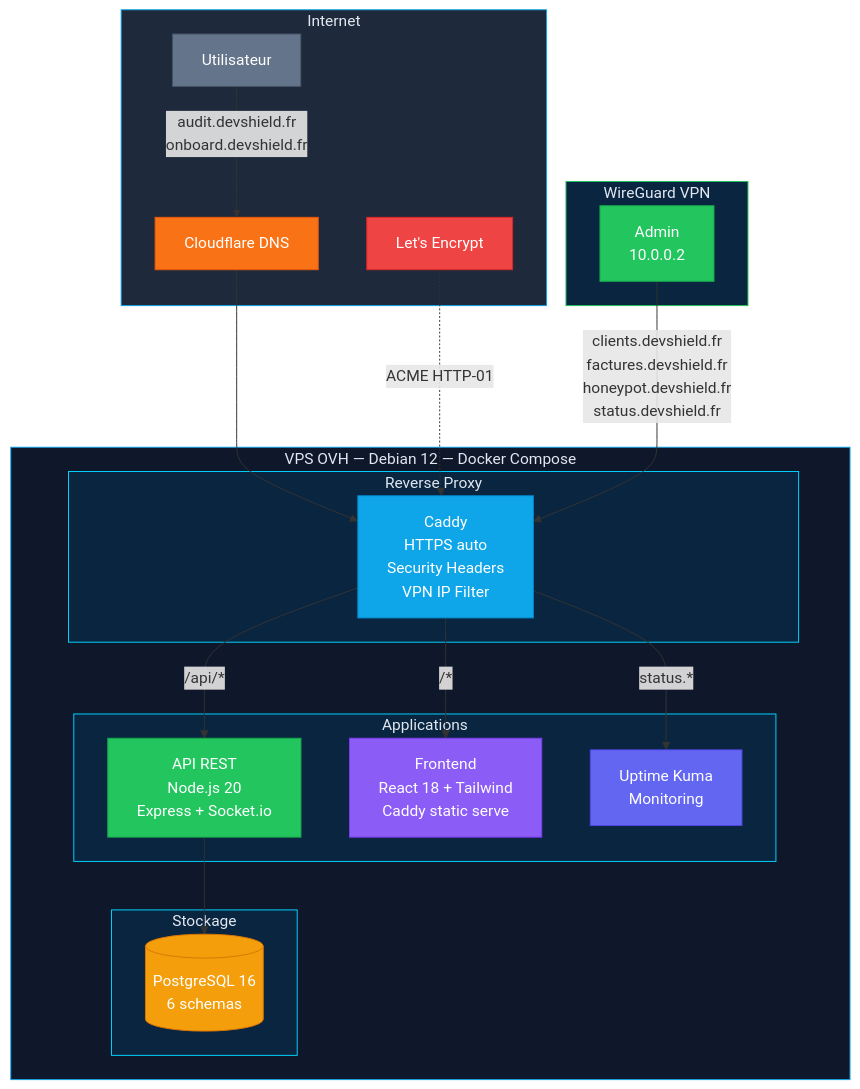
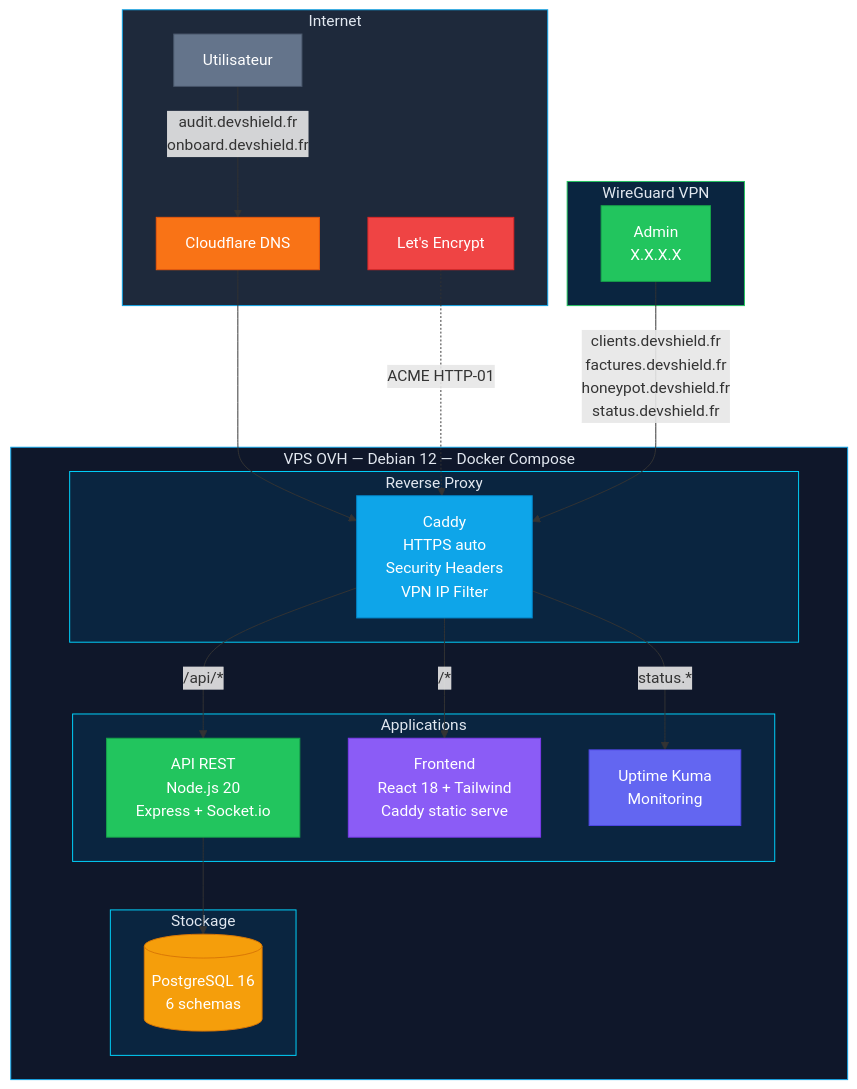
One commit to paulolvrlct/devshield-platform changed the first of 2 diagrams in README.md. Above: the diagram before and after it, drawn with Mermaid.

Commit message:
Update Admin IP address in README

````diff
--- a/README.md
+++ b/README.md
@@ -63,54 +63,54 @@
 ```mermaid
 graph TB
     subgraph Internet["Internet"]
         U["Utilisateur"]
         LE["Let's Encrypt"]
         CF["Cloudflare DNS"]
     end
 
     subgraph VPS["VPS OVH — Debian 12 — Docker Compose"]
         subgraph Reverse["Reverse Proxy"]
             CADDY["Caddy\nHTTPS auto\nSecurity Headers\nVPN IP Filter"]
         end
 
         subgraph Apps["Applications"]
             API["API REST\nNode.js 20\nExpress + Socket.io"]
             FRONT["Frontend\nReact 18 + Tailwind\nCaddy static serve"]
             KUMA["Uptime Kuma\nMonitoring"]
         end
 
         subgraph Data["Stockage"]
             PG[("PostgreSQL 16\n6 schemas")]
         end
     end
 
     subgraph VPN["WireGuard VPN"]
-        ADMIN["Admin\n10.0.0.2"]
+        ADMIN["Admin\nX.X.X.X"]
     end
 
     U -- "audit.devshield.fr\nonboard.devshield.fr" --> CF
     CF --> CADDY
     CADDY -- "/api/*" --> API
     CADDY -- "/*" --> FRONT
     CADDY -- "status.*" --> KUMA
     API --> PG
     LE -. "ACME HTTP-01" .-> CADDY
 
     ADMIN -- "clients.devshield.fr\nfactures.devshield.fr\nhoneypot.devshield.fr\nstatus.devshield.fr" --> CADDY
 
     style Internet fill:#1e293b,stroke:#0ea5e9,color:#e2e8f0
     style VPS fill:#0f172a,stroke:#0ea5e9,color:#e2e8f0
     style Reverse fill:#0a2540,stroke:#00d4ff,color:#e2e8f0
     style Apps fill:#0a2540,stroke:#00d4ff,color:#e2e8f0
     style Data fill:#0a2540,stroke:#00d4ff,color:#e2e8f0
     style VPN fill:#0a2540,stroke:#22c55e,color:#e2e8f0
     style CADDY fill:#0ea5e9,stroke:#0284c7,color:#fff
     style API fill:#22c55e,stroke:#16a34a,color:#fff
     style FRONT fill:#8b5cf6,stroke:#7c3aed,color:#fff
     style PG fill:#f59e0b,stroke:#d97706,color:#fff
     style KUMA fill:#6366f1,stroke:#4f46e5,color:#fff
     style ADMIN fill:#22c55e,stroke:#16a34a,color:#fff
     style U fill:#64748b,stroke:#475569,color:#fff
     style CF fill:#f97316,stroke:#ea580c,color:#fff
     style LE fill:#ef4444,stroke:#dc2626,color:#fff
 ```
````
